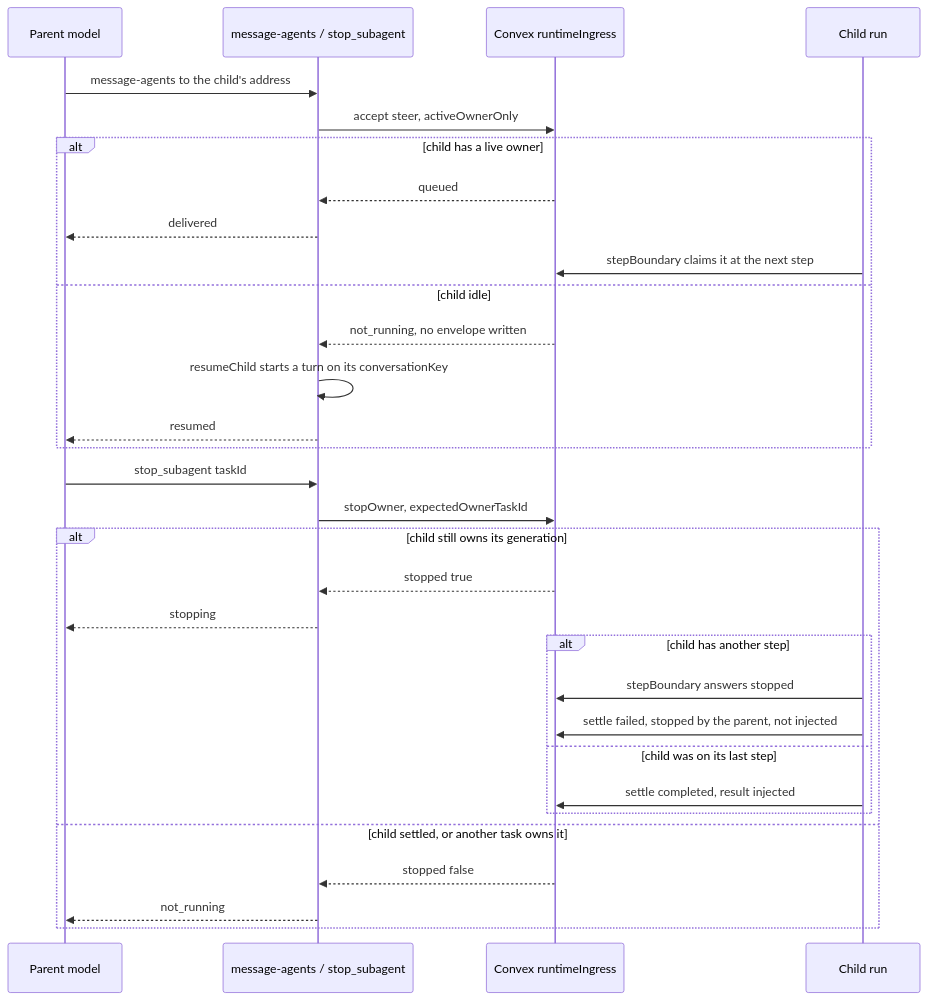
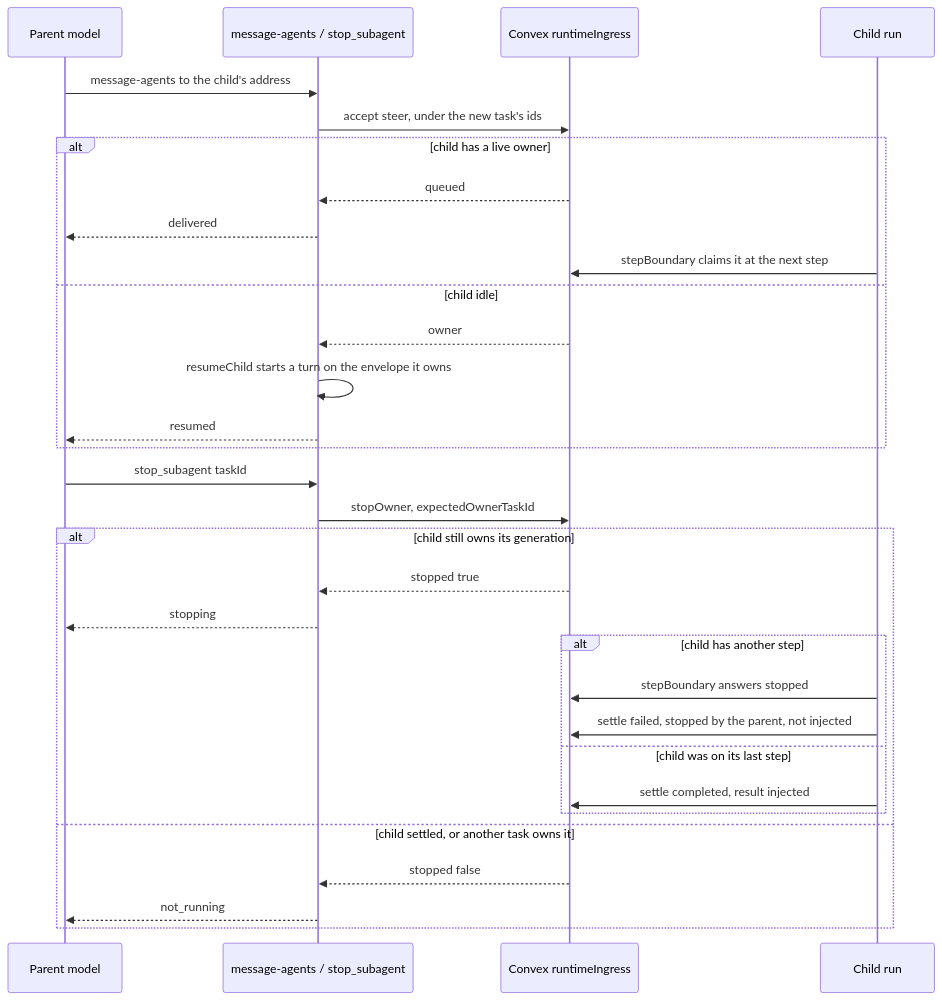
One commit to beeblastco/broods changed the fifth of 7 diagrams in apps/docs/docs/internals/subagents.md. Above: the diagram before and after it, drawn with Mermaid. The commit also changed other lines of this file and 10 other files, not shown here.

First line of the commit message:
fix(core): wake unanswered children on worker slots as their parent run, one admission per child turn

````diff
--- a/apps/docs/docs/internals/subagents.md
+++ b/apps/docs/docs/internals/subagents.md
@@ -153,34 +153,34 @@
 ```mermaid
 sequenceDiagram
   participant P as Parent model
   participant T as message-agents / stop_subagent
   participant CX as Convex runtimeIngress
   participant Ch as Child run
 
   P->>T: message-agents to the child's address
-  T->>CX: accept steer, activeOwnerOnly
+  T->>CX: accept steer, under the new task's ids
   alt child has a live owner
     CX-->>T: queued
     T-->>P: delivered
     Ch->>CX: stepBoundary claims it at the next step
   else child idle
-    CX-->>T: not_running, no envelope written
-    T->>T: resumeChild starts a turn on its conversationKey
+    CX-->>T: owner
+    T->>T: resumeChild starts a turn on the envelope it owns
     T-->>P: resumed
   end
   P->>T: stop_subagent taskId
   T->>CX: stopOwner, expectedOwnerTaskId
   alt child still owns its generation
     CX-->>T: stopped true
     T-->>P: stopping
     alt child has another step
       Ch->>CX: stepBoundary answers stopped
       Ch->>CX: settle failed, stopped by the parent, not injected
     else child was on its last step
       Ch->>CX: settle completed, result injected
     end
   else child settled, or another task owns it
     CX-->>T: stopped false
     T-->>P: not_running
   end
 ```
````
